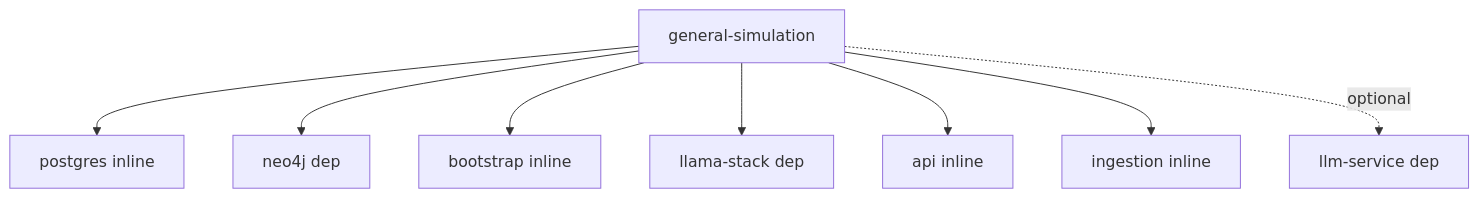
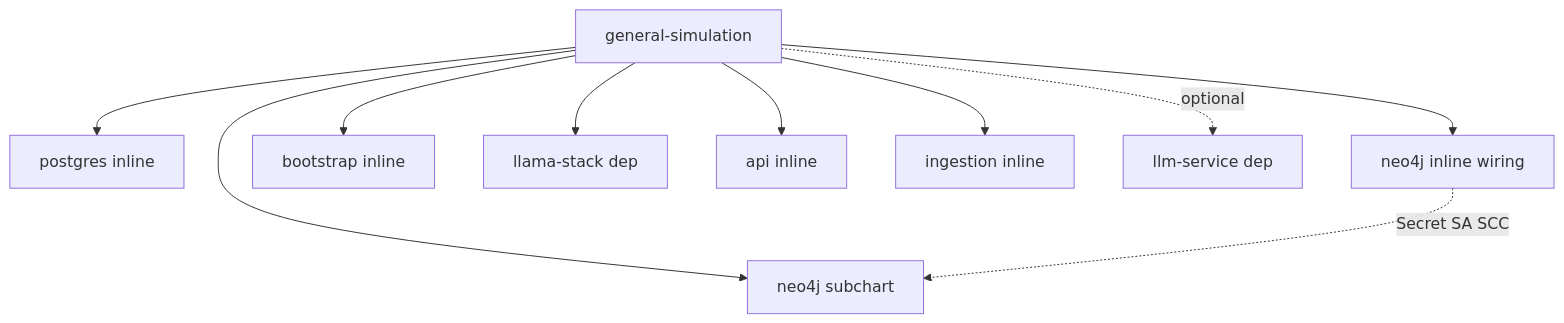
Before and after one commit to rh-ai-quickstart/general-simulation: the second of 2 diagrams in VALUES_MAPPING.md, drawn with Mermaid. The commit also changed other lines of this file and 12 other files, not shown here.

````diff
--- a/VALUES_MAPPING.md
+++ b/VALUES_MAPPING.md
@@ -38,12 +38,15 @@
 ```mermaid
 flowchart TB
   U[general-simulation]
 
   U --> PG[postgres inline]
-  U --> NJ[neo4j dep]
+  U --> NJW[neo4j inline wiring]
+  U --> NJ[neo4j subchart]
   U --> BS[bootstrap inline]
   U --> LS[llama-stack dep]
   U --> API[api inline]
   U --> ING[ingestion inline]
   U -. optional .-> VLLM[llm-service dep]
+
+  NJW -. Secret SA SCC .-> NJ
 ```
````
